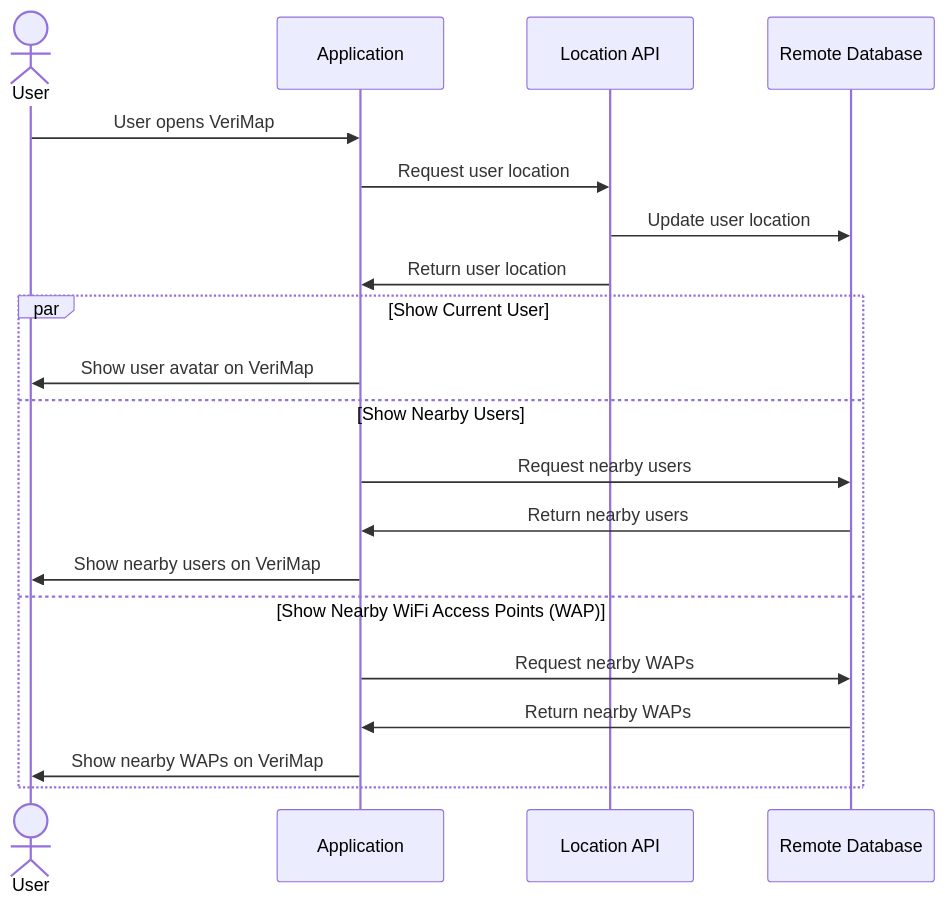
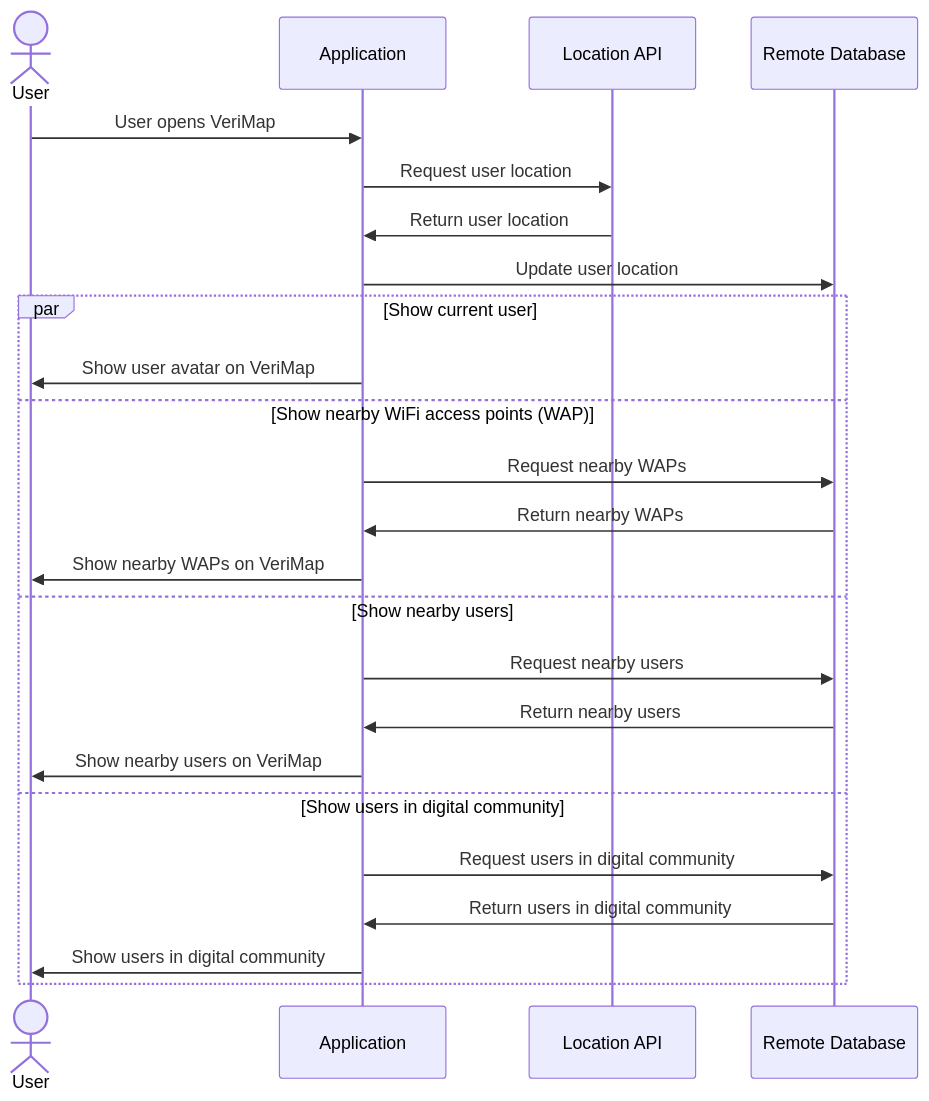
The diagram in docs/VeriMap.md (kishangohel/App), drawn with Mermaid before and after one commit. The commit also changed 20 other files, not shown here.

````diff
--- a/docs/VeriMap.md
+++ b/docs/VeriMap.md
@@ -1,23 +1,27 @@
 ```mermaid
 sequenceDiagram
   actor U as User
   participant A as Application
   participant L as Location API
   participant R as Remote Database
 
   U->>A: User opens VeriMap
   A->>L: Request user location
-  L->>R: Update user location
   L->>A: Return user location
-  par Show Current User
+  A->>R: Update user location
+  par Show current user
     A->>U: Show user avatar on VeriMap
-  and Show Nearby Users
+  and Show nearby WiFi access points (WAP)
+    A->>R: Request nearby WAPs
+    R->>A: Return nearby WAPs
+    A->>U: Show nearby WAPs on VeriMap
+  and Show nearby users
     A->>R: Request nearby users
     R->>A: Return nearby users
     A->>U: Show nearby users on VeriMap
-  and Show Nearby WiFi Access Points (WAP)
-    A->>R: Request nearby WAPs
-    R->>A: Return nearby WAPs
-    A->>U: Show nearby WAPs on VeriMap
+  and Show users in digital community
+    A->>R: Request users in digital community
+    R->>A: Return users in digital community
+    A->>U: Show users in digital community
   end
 ```
````
